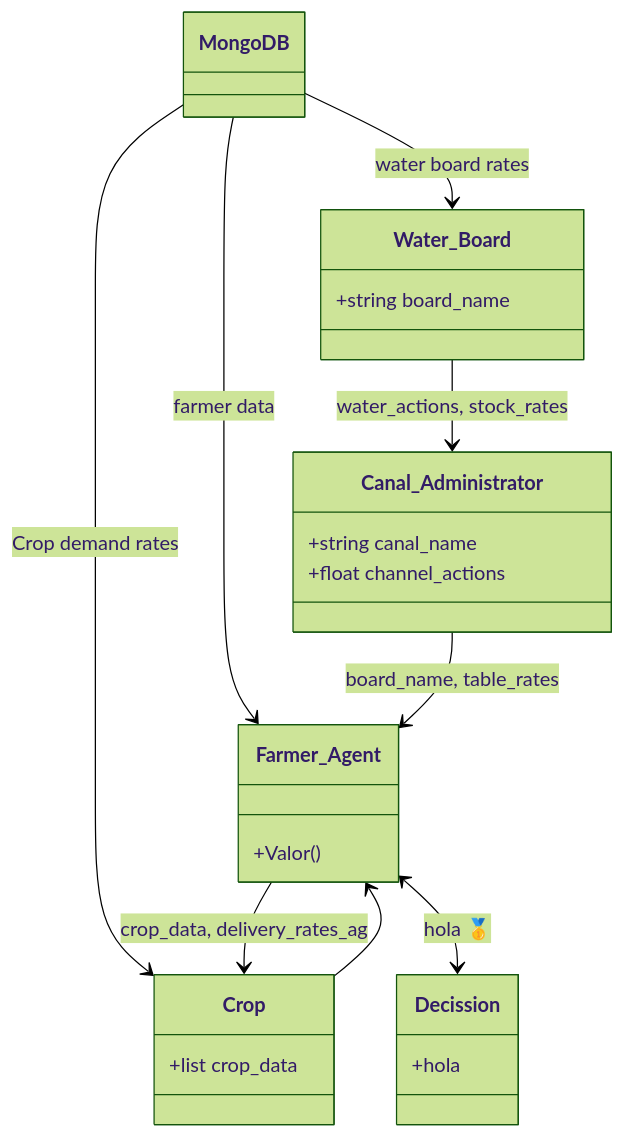
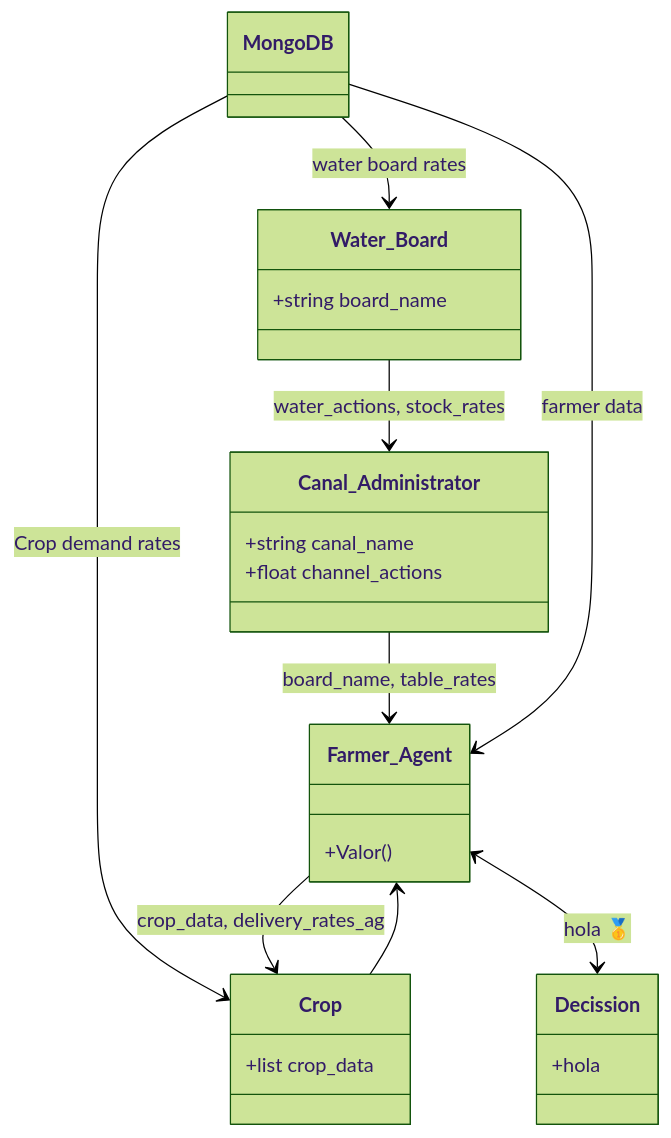
One commit to Pablov81/Agrotopia changed the diagram in README.md. Above: the diagram before and after it, drawn with Mermaid (forest theme).

````diff
--- a/README.md
+++ b/README.md
@@ -46,37 +46,38 @@
 ```mermaid
 classDiagram
     class MongoDB {
     }
 
     class Water_Board {
         +string board_name
     }
 
     class Canal_Administrator{
         +string canal_name
         +float channel_actions
     }
 
     class Farmer_Agent {
         +Valor()
     }
 
     class Crop {
         +list crop_data
     }
 
     class Decission {
         +hola
     }
 
 
 
+
+    Water_Board --> Canal_Administrator: water_actions, stock_rates
+    Canal_Administrator --> Farmer_Agent: board_name, table_rates
     MongoDB --> Water_Board: water board rates
     MongoDB --> Farmer_Agent: farmer data
     MongoDB --> Crop: Crop demand rates
-    Water_Board --> Canal_Administrator: water_actions, stock_rates
-    Canal_Administrator --> Farmer_Agent: board_name, table_rates
     Farmer_Agent --> Crop: crop_data, delivery_rates_ag
     Farmer_Agent <--> Decission:hola 🥇
     Crop --> Farmer_Agent
 ```
````
